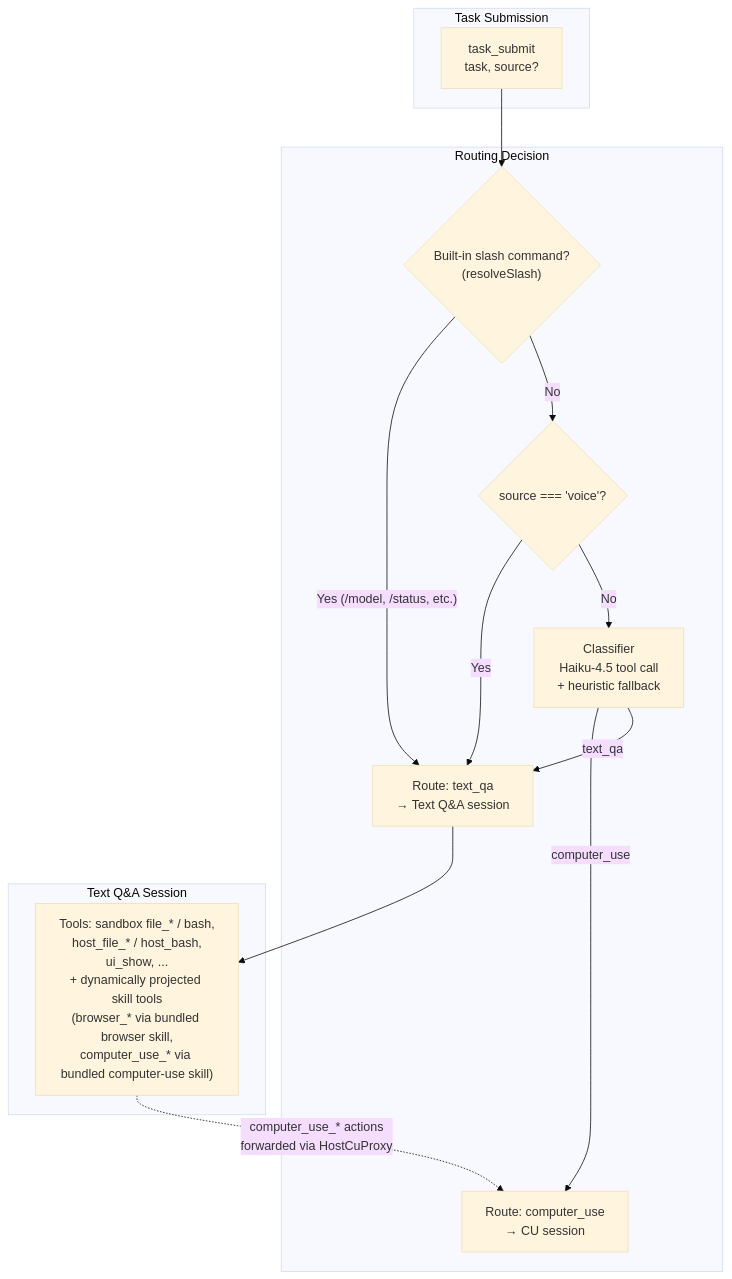
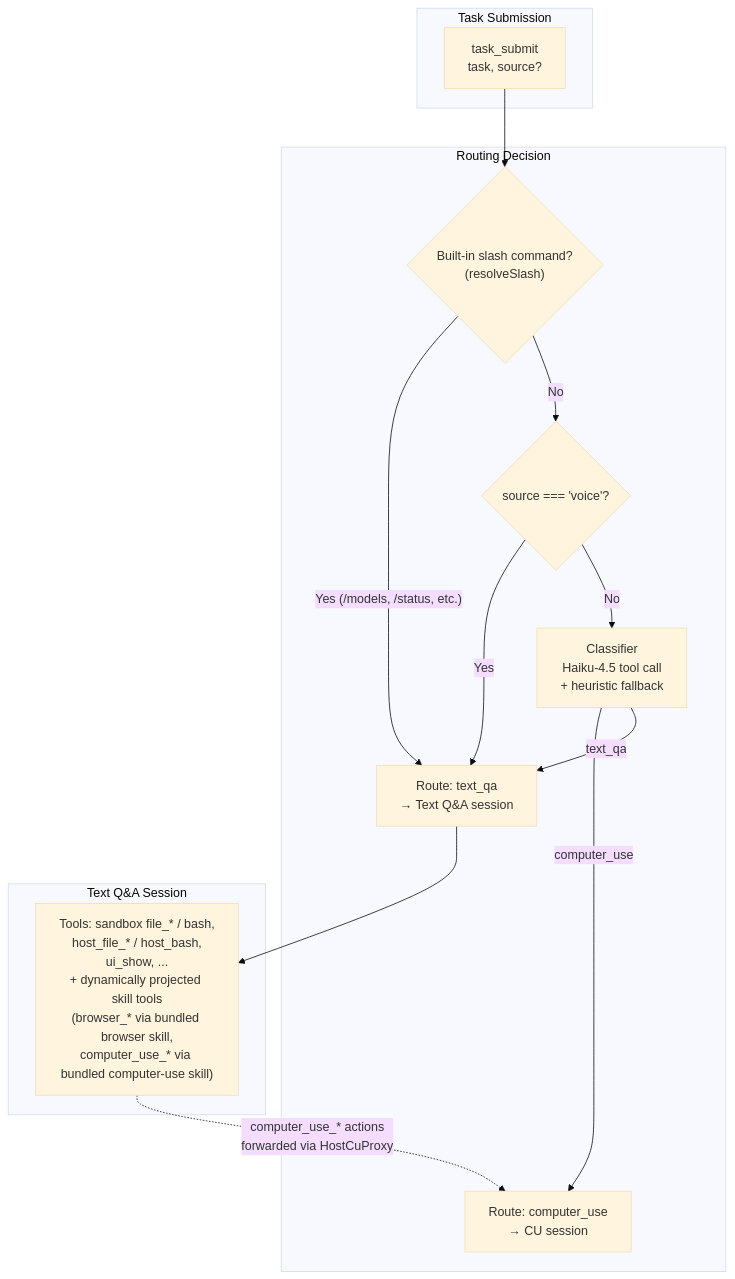
One commit to vellum-ai/vellum-assistant changed the fourth of 17 diagrams in assistant/ARCHITECTURE.md. Above: the diagram before and after it, drawn with Mermaid (base theme). The commit also changed other lines of this file, not shown here.

Commit message:
docs: update ARCHITECTURE.md slash command documentation after /model removal

````diff
--- a/assistant/ARCHITECTURE.md
+++ b/assistant/ARCHITECTURE.md
@@ -923,29 +923,29 @@
 ```mermaid
 graph TB
     subgraph "Task Submission"
         SUBMIT["task_submit<br/>task, source?"]
     end
 
     subgraph "Routing Decision"
         SLASH_CHECK{"Built-in slash command?<br/>(resolveSlash)"}
         VOICE_CHECK{"source === 'voice'?"}
         CLASSIFIER["Classifier<br/>Haiku-4.5 tool call<br/>+ heuristic fallback"]
         CU_ROUTE["Route: computer_use<br/>→ CU session"]
         QA_ROUTE["Route: text_qa<br/>→ Text Q&A session"]
     end
 
     subgraph "Text Q&A Session"
         TEXT_TOOLS["Tools: sandbox file_* / bash,<br/>host_file_* / host_bash,<br/>ui_show, ...<br/>+ dynamically projected skill tools<br/>(browser_* via bundled browser skill,<br/>computer_use_* via bundled computer-use skill)"]
     end
 
     SUBMIT --> SLASH_CHECK
-    SLASH_CHECK -->|"Yes (/model, /status, etc.)"| QA_ROUTE
+    SLASH_CHECK -->|"Yes (/models, /status, etc.)"| QA_ROUTE
     SLASH_CHECK -->|"No"| VOICE_CHECK
     VOICE_CHECK -->|"Yes"| QA_ROUTE
     VOICE_CHECK -->|"No"| CLASSIFIER
     CLASSIFIER -->|"computer_use"| CU_ROUTE
     CLASSIFIER -->|"text_qa"| QA_ROUTE
 
     QA_ROUTE --> TEXT_TOOLS
     TEXT_TOOLS -.->|"computer_use_* actions<br/>forwarded via HostCuProxy"| CU_ROUTE
 ```
````
